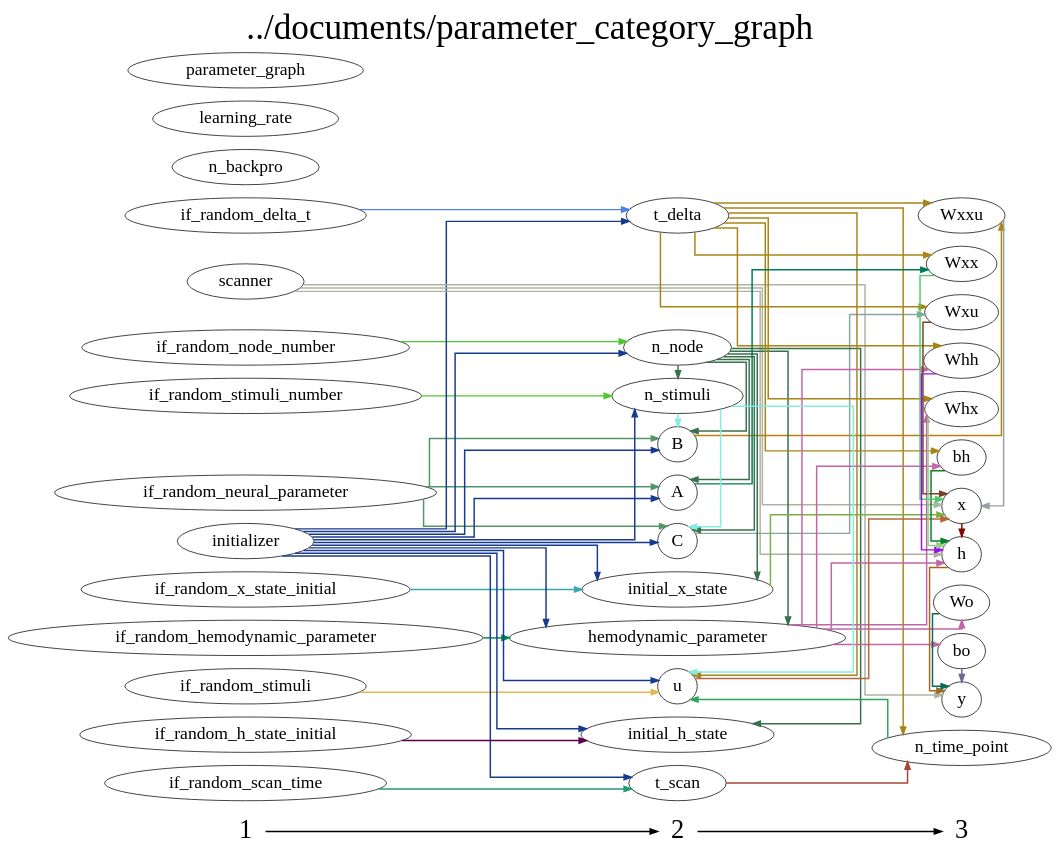
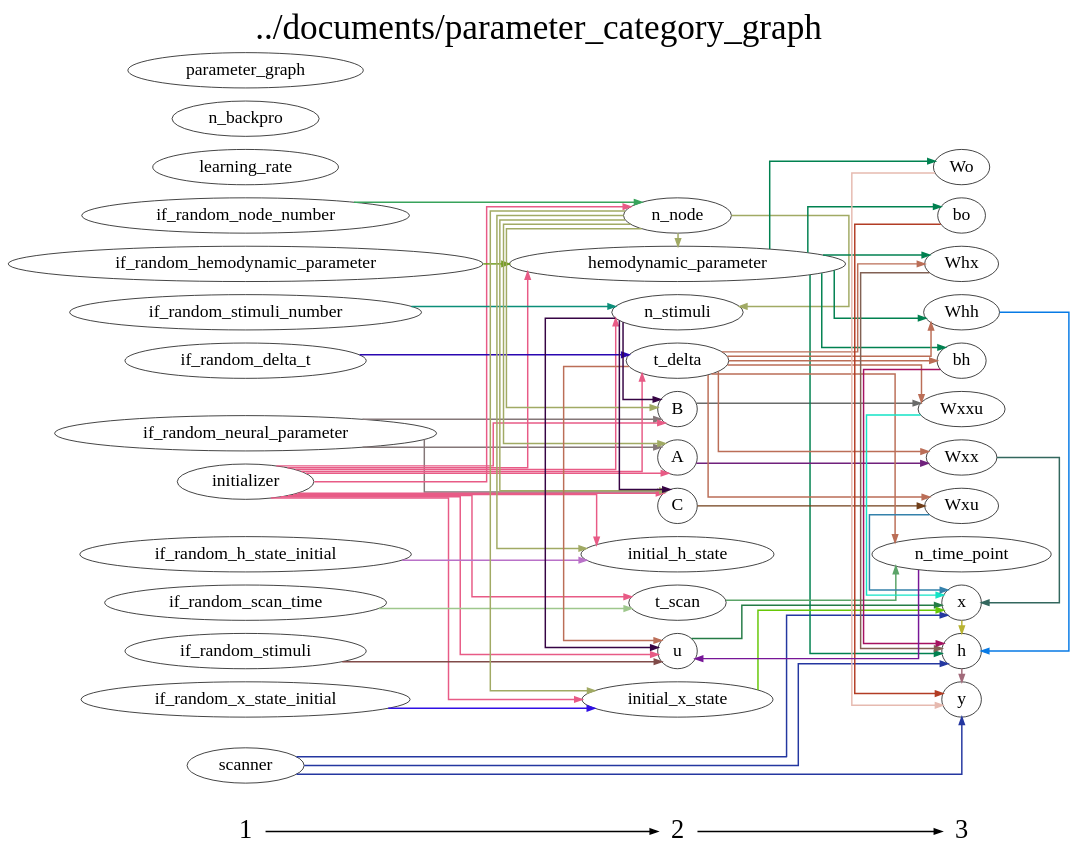
One commit to YuanWangOnward/DCM_RNN changed the diagram in DCM_RNN/documents/parameter_category_graph.gv. Above: the diagram before and after it, drawn with Graphviz. The commit also changed 8 other files, not shown here.

```diff
--- a/DCM_RNN/documents/parameter_category_graph.gv
+++ b/DCM_RNN/documents/parameter_category_graph.gv
@@ -1,132 +1,132 @@
 digraph G {
           splines=ortho;
           fontsize = 48;
           rankdir = "LR";
           node[fontsize=24];
           edge[penwidth=2];
           {
           node [shape=plaintext fontsize=36];
           1 -> 
           2 -> 
           3
           }
           {rank = same;
           1;
+          if_random_node_number;
+          if_random_neural_parameter;
+          initializer;
           if_random_stimuli;
+          scanner;
+          if_random_hemodynamic_parameter;
           if_random_scan_time;
+          if_random_delta_t;
+          learning_rate;
+          n_backpro;
+          if_random_h_state_initial;
           if_random_stimuli_number;
-          if_random_neural_parameter;
           if_random_x_state_initial;
-          if_random_delta_t;
-          if_random_node_number;
-          if_random_hemodynamic_parameter;
-          n_backpro;
-          initializer;
-          learning_rate;
           parameter_graph;
-          scanner;
-          if_random_h_state_initial;
           }
           {rank = same;
           2;
+          u;
           B;
-          C;
-          t_scan;
           n_node;
-          initial_h_state;
-          t_delta;
-          initial_x_state;
           hemodynamic_parameter;
           A;
-          u;
+          C;
+          initial_h_state;
+          initial_x_state;
+          t_scan;
+          t_delta;
           n_stimuli;
           }
           {rank = same;
           3;
+          Wxxu;
+          Wo;
+          y;
           h;
-          Wo;
+          Whx;
+          Whh;
+          x;
           bh;
+          Wxu;
+          bo;
           Wxx;
-          y;
-          Wxu;
-          Whh;
-          Wxxu;
-          x;
-          bo;
           n_time_point;
-          Whx;
           }
-          B -> Wxxu [color="#B1840C"];
-          if_random_stimuli -> u [color="#E0B950"];
-          initial_x_state -> x [color="#79B241"];
-          Wxxu -> x [color="#999EA6"];
-          t_scan -> n_time_point [color="#A64735"];
-          if_random_scan_time -> t_scan [color="#1E9E6A"];
-          h -> y [color="#A3671E"];
-          Wo -> y [color="#076A5A"];
-          if_random_stimuli_number -> n_stimuli [color="#51C733"];
-          bo -> y [color="#6C6890"];
-          n_stimuli -> B [color="#81ECE1"];
-          n_stimuli -> C [color="#81ECE1"];
-          n_stimuli -> u [color="#81ECE1"];
-          if_random_delta_t -> t_delta [color="#4C83E3"];
-          if_random_node_number -> n_node [color="#4CC432"];
-          n_node -> B [color="#38714B"];
-          n_node -> C [color="#38714B"];
-          n_node -> initial_h_state [color="#38714B"];
-          n_node -> initial_x_state [color="#38714B"];
-          n_node -> hemodynamic_parameter [color="#38714B"];
-          n_node -> A [color="#38714B"];
-          n_node -> n_stimuli [color="#38714B"];
-          bh -> h [color="#078026"];
-          Wxx -> x [color="#4CCC69"];
+          h -> y [color="#A26A7A"];
+          Wo -> y [color="#E6BAB0"];
+          u -> x [color="#247B46"];
+          if_random_node_number -> n_node [color="#38A35B"];
+          if_random_neural_parameter -> B [color="#847778"];
+          if_random_neural_parameter -> A [color="#847778"];
+          if_random_neural_parameter -> C [color="#847778"];
+          y ;
+          bo -> y [color="#B23C24"];
+          Whx -> h [color="#826154"];
+          B -> Wxxu [color="#696B6A"];
+          initializer -> u [color="#E85B86"];
+          initializer -> B [color="#E85B86"];
+          initializer -> n_node [color="#E85B86"];
+          initializer -> hemodynamic_parameter [color="#E85B86"];
+          initializer -> A [color="#E85B86"];
+          initializer -> C [color="#E85B86"];
+          initializer -> initial_h_state [color="#E85B86"];
+          initializer -> initial_x_state [color="#E85B86"];
+          initializer -> t_scan [color="#E85B86"];
+          initializer -> t_delta [color="#E85B86"];
+          initializer -> n_stimuli [color="#E85B86"];
+          if_random_stimuli -> u [color="#804B49"];
+          Whh -> h [color="#077AE5"];
+          scanner -> y [color="#2437A0"];
+          scanner -> h [color="#2437A0"];
+          scanner -> x [color="#2437A0"];
+          hemodynamic_parameter -> Wo [color="#008150"];
+          hemodynamic_parameter -> h [color="#008150"];
+          hemodynamic_parameter -> Whx [color="#008150"];
+          hemodynamic_parameter -> Whh [color="#008150"];
+          hemodynamic_parameter -> bh [color="#008150"];
+          hemodynamic_parameter -> bo [color="#008150"];
+          A -> Wxx [color="#70217C"];
+          if_random_hemodynamic_parameter -> hemodynamic_parameter [color="#6E9A1B"];
+          if_random_scan_time -> t_scan [color="#9EC78C"];
+          if_random_delta_t -> t_delta [color="#2A07B1"];
+          learning_rate ;
+          x -> h [color="#B8B332"];
+          bh -> h [color="#A51261"];
+          Wxu -> x [color="#3481AB"];
+          C -> Wxu [color="#703E19"];
           initial_h_state ;
-          if_random_hemodynamic_parameter -> hemodynamic_parameter [color="#018C4C"];
           n_backpro ;
-          C -> Wxu [color="#89A59E"];
-          initializer -> B [color="#183A8E"];
-          initializer -> C [color="#183A8E"];
-          initializer -> t_scan [color="#183A8E"];
-          initializer -> n_node [color="#183A8E"];
-          initializer -> initial_h_state [color="#183A8E"];
-          initializer -> t_delta [color="#183A8E"];
-          initializer -> initial_x_state [color="#183A8E"];
-          initializer -> hemodynamic_parameter [color="#183A8E"];
-          initializer -> A [color="#183A8E"];
-          initializer -> u [color="#183A8E"];
-          initializer -> n_stimuli [color="#183A8E"];
-          learning_rate ;
-          t_delta -> bh [color="#A88416"];
-          t_delta -> Wxx [color="#A88416"];
-          t_delta -> Wxu [color="#A88416"];
-          t_delta -> Whh [color="#A88416"];
-          t_delta -> Wxxu [color="#A88416"];
-          t_delta -> u [color="#A88416"];
-          t_delta -> n_time_point [color="#A88416"];
-          t_delta -> Whx [color="#A88416"];
-          hemodynamic_parameter -> h [color="#C265A7"];
-          hemodynamic_parameter -> Wo [color="#C265A7"];
-          hemodynamic_parameter -> bh [color="#C265A7"];
-          hemodynamic_parameter -> Whh [color="#C265A7"];
-          hemodynamic_parameter -> bo [color="#C265A7"];
-          hemodynamic_parameter -> Whx [color="#C265A7"];
-          Wxu -> x [color="#77402A"];
-          scanner -> h [color="#AEB2A3"];
-          scanner -> y [color="#AEB2A3"];
-          scanner -> x [color="#AEB2A3"];
-          A -> Wxx [color="#007A57"];
-          Whx -> h [color="#97CC8B"];
-          Whh -> h [color="#9A0EE1"];
+          if_random_h_state_initial -> initial_h_state [color="#B971C8"];
+          n_node -> B [color="#A1AA64"];
+          n_node -> hemodynamic_parameter [color="#A1AA64"];
+          n_node -> A [color="#A1AA64"];
+          n_node -> C [color="#A1AA64"];
+          n_node -> initial_h_state [color="#A1AA64"];
+          n_node -> initial_x_state [color="#A1AA64"];
+          n_node -> n_stimuli [color="#A1AA64"];
+          if_random_stimuli_number -> n_stimuli [color="#0C8E79"];
+          if_random_x_state_initial -> initial_x_state [color="#3010E5"];
+          Wxxu -> x [color="#13E4C6"];
+          initial_x_state -> x [color="#66C706"];
+          t_scan -> n_time_point [color="#5BA468"];
+          t_delta -> Wxxu [color="#BB6E57"];
+          t_delta -> u [color="#BB6E57"];
+          t_delta -> Whx [color="#BB6E57"];
+          t_delta -> Whh [color="#BB6E57"];
+          t_delta -> bh [color="#BB6E57"];
+          t_delta -> Wxu [color="#BB6E57"];
+          t_delta -> Wxx [color="#BB6E57"];
+          t_delta -> n_time_point [color="#BB6E57"];
           parameter_graph ;
-          x -> h [color="#800801"];
-          u -> x [color="#B7653C"];
-          if_random_neural_parameter -> B [color="#539665"];
-          if_random_neural_parameter -> C [color="#539665"];
-          if_random_neural_parameter -> A [color="#539665"];
-          n_time_point -> u [color="#2CA656"];
-          y ;
-          if_random_h_state_initial -> initial_h_state [color="#590152"];
-          if_random_x_state_initial -> initial_x_state [color="#3AA7B4"];
+          Wxx -> x [color="#33675E"];
+          n_stimuli -> u [color="#360444"];
+          n_stimuli -> B [color="#360444"];
+          n_stimuli -> C [color="#360444"];
+          n_time_point -> u [color="#771697"];
           labelloc = "t";
           label = "../documents/parameter_category_graph";
 }
```
